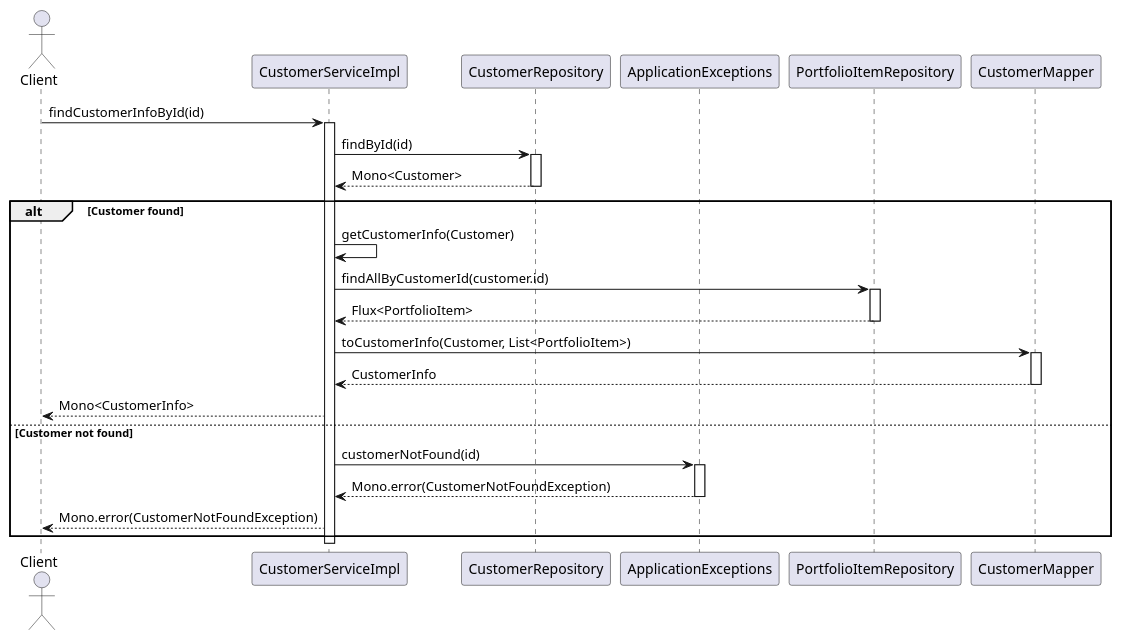
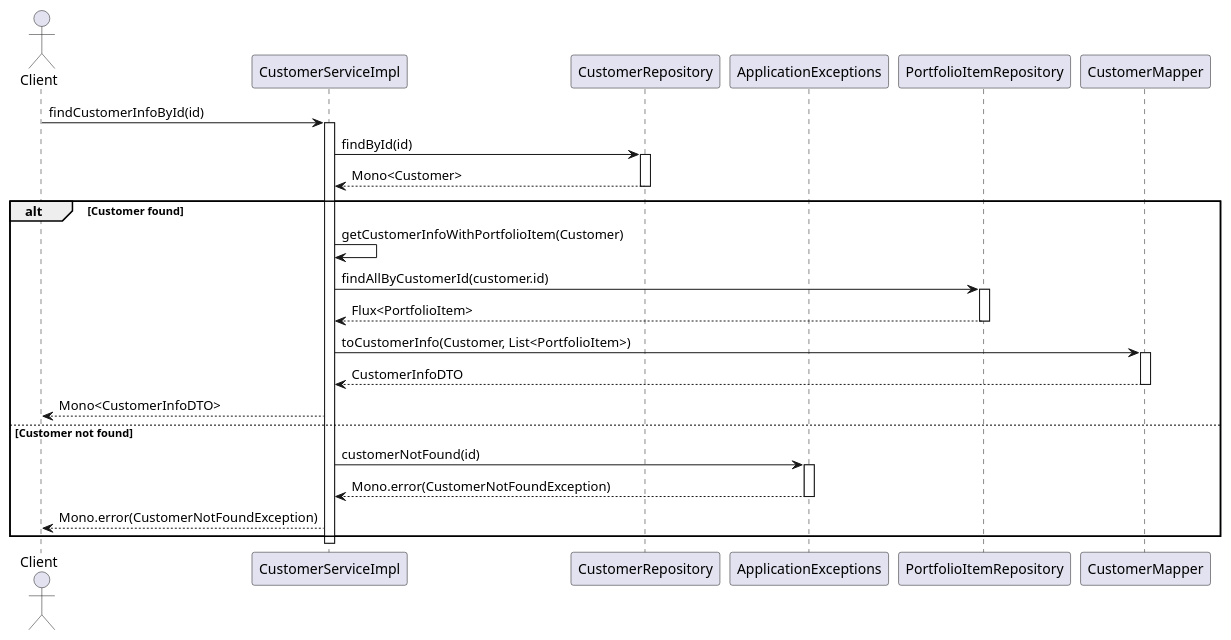
The diagram in customer-service/uml/plant-sd-findCustomerInfoById.puml (jays-codes/reactive-microservices), drawn with PlantUML before and after one commit. The commit also changed 8 other files, not shown here.

```diff
--- a/customer-service/uml/plant-sd-findCustomerInfoById.puml
+++ b/customer-service/uml/plant-sd-findCustomerInfoById.puml
@@ -1,34 +1,34 @@
 @startuml
 actor Client
 participant "CustomerServiceImpl" as Service
 participant "CustomerRepository" as Repo
 participant "ApplicationExceptions" as Exceptions
 participant "PortfolioItemRepository" as PortfolioRepo
 participant "CustomerMapper" as Mapper
 
 Client -> Service: findCustomerInfoById(id)
 activate Service
 Service -> Repo: findById(id)
 activate Repo
 Repo --> Service: Mono<Customer>
 deactivate Repo
 alt Customer found
-    Service -> Service: getCustomerInfo(Customer)
+    Service -> Service: getCustomerInfoWithPortfolioItem(Customer)
     Service -> PortfolioRepo: findAllByCustomerId(customer.id)
     activate PortfolioRepo
     PortfolioRepo --> Service: Flux<PortfolioItem>
     deactivate PortfolioRepo
     Service -> Mapper: toCustomerInfo(Customer, List<PortfolioItem>)
     activate Mapper
-    Mapper --> Service: CustomerInfo
+    Mapper --> Service: CustomerInfoDTO
     deactivate Mapper
-    Service --> Client: Mono<CustomerInfo>
+    Service --> Client: Mono<CustomerInfoDTO>
 else Customer not found
     Service -> Exceptions: customerNotFound(id)
     activate Exceptions
     Exceptions --> Service: Mono.error(CustomerNotFoundException)
     deactivate Exceptions
     Service --> Client: Mono.error(CustomerNotFoundException)
 end
 deactivate Service
 @enduml 
```
